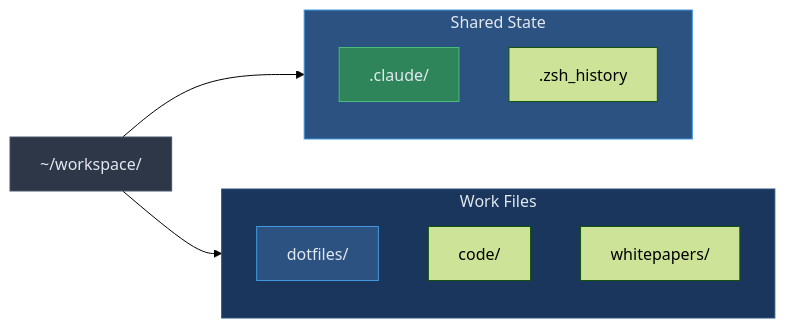
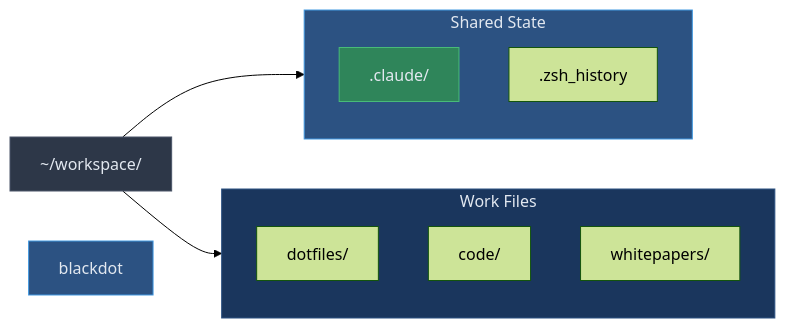
Before and after one commit to blackwell-systems/blackdot: the second of 5 diagrams in docs/README-FULL.md, drawn with Mermaid (forest theme). The commit also changed other lines of this file and 83 other files, not shown here.

````diff
--- a/docs/README-FULL.md
+++ b/docs/README-FULL.md
@@ -440,24 +440,24 @@
 ```mermaid
 graph LR
     workspace["~/workspace/"]
 
     subgraph state["Shared State"]
         claude[".claude/"]
         history[".zsh_history"]
     end
 
     subgraph work["Work Files"]
         dotfiles["dotfiles/"]
         code["code/"]
         docs["whitepapers/"]
     end
 
     workspace --> state
     workspace --> work
 
     style workspace fill:#2d3748,stroke:#4a5568,color:#e2e8f0
     style state fill:#2c5282,stroke:#4299e1,color:#e2e8f0
     style work fill:#1a365d,stroke:#2c5282,color:#e2e8f0
     style claude fill:#2f855a,stroke:#48bb78,color:#e2e8f0
-    style dotfiles fill:#2c5282,stroke:#4299e1,color:#e2e8f0
+    style blackdot fill:#2c5282,stroke:#4299e1,color:#e2e8f0
 ```
````
